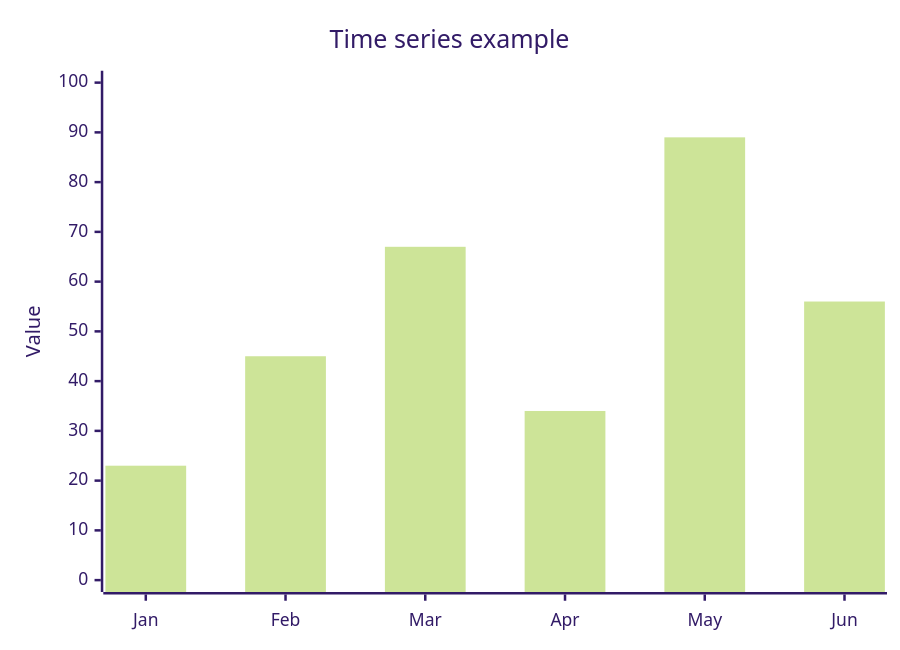
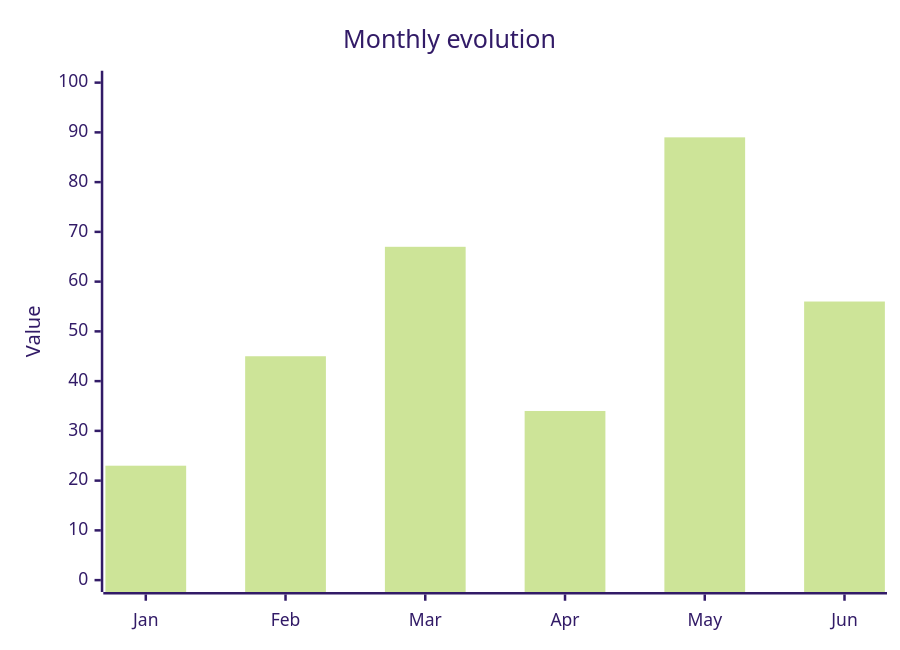
One commit to gip-inclusion/Matometa changed the second of 3 diagrams in AGENTS.md. Above: the diagram before and after it, drawn with Mermaid (forest theme). The commit also changed other lines of this file and 2 other files, not shown here.

````diff
--- a/AGENTS.md
+++ b/AGENTS.md
@@ -340,7 +244,7 @@
 ```mermaid
 xychart-beta
-    title "Time series example"
+    title "Monthly evolution"
     x-axis [Jan, Feb, Mar, Apr, May, Jun]
     y-axis "Value" 0 --> 100
     bar [23, 45, 67, 34, 89, 56]
 ```
````
